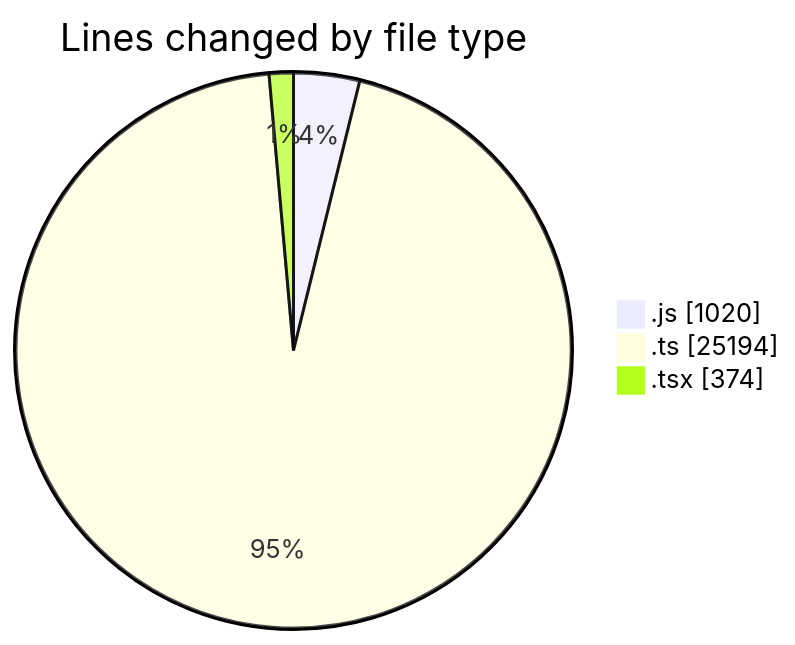
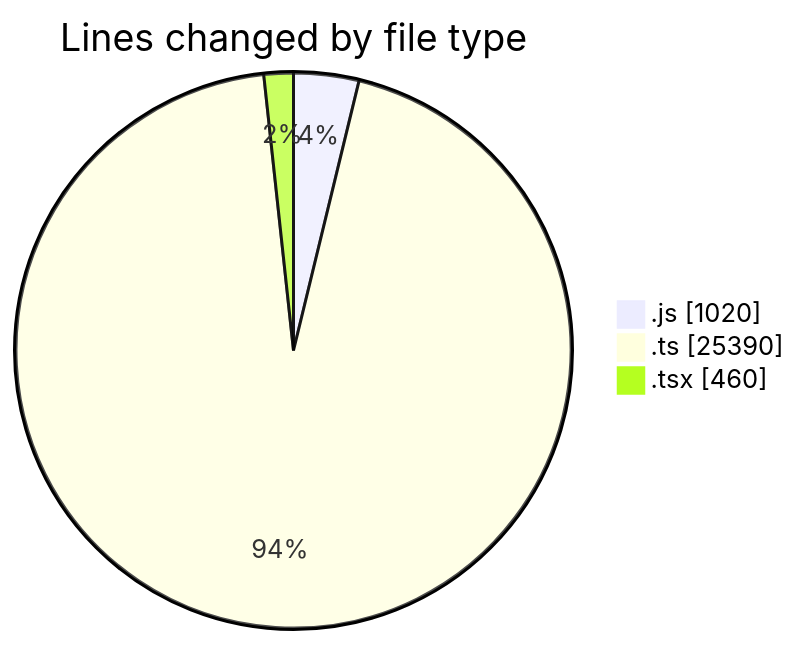
One commit to momahboobian/code-tracking changed the first of 2 diagrams in 2026-01-15/cda/README.md. Above: the diagram before and after it, drawn with Mermaid. The commit also changed other lines of this file and 1 other file, not shown here.

````diff
--- a/2026-01-15/cda/README.md
+++ b/2026-01-15/cda/README.md
@@ -29,7 +30,7 @@
 ```mermaid
 pie showData
 title Lines changed by file type
 ".js" : 1020
-".ts" : 25194
-".tsx" : 374
+".ts" : 25390
+".tsx" : 460
 ```
````
